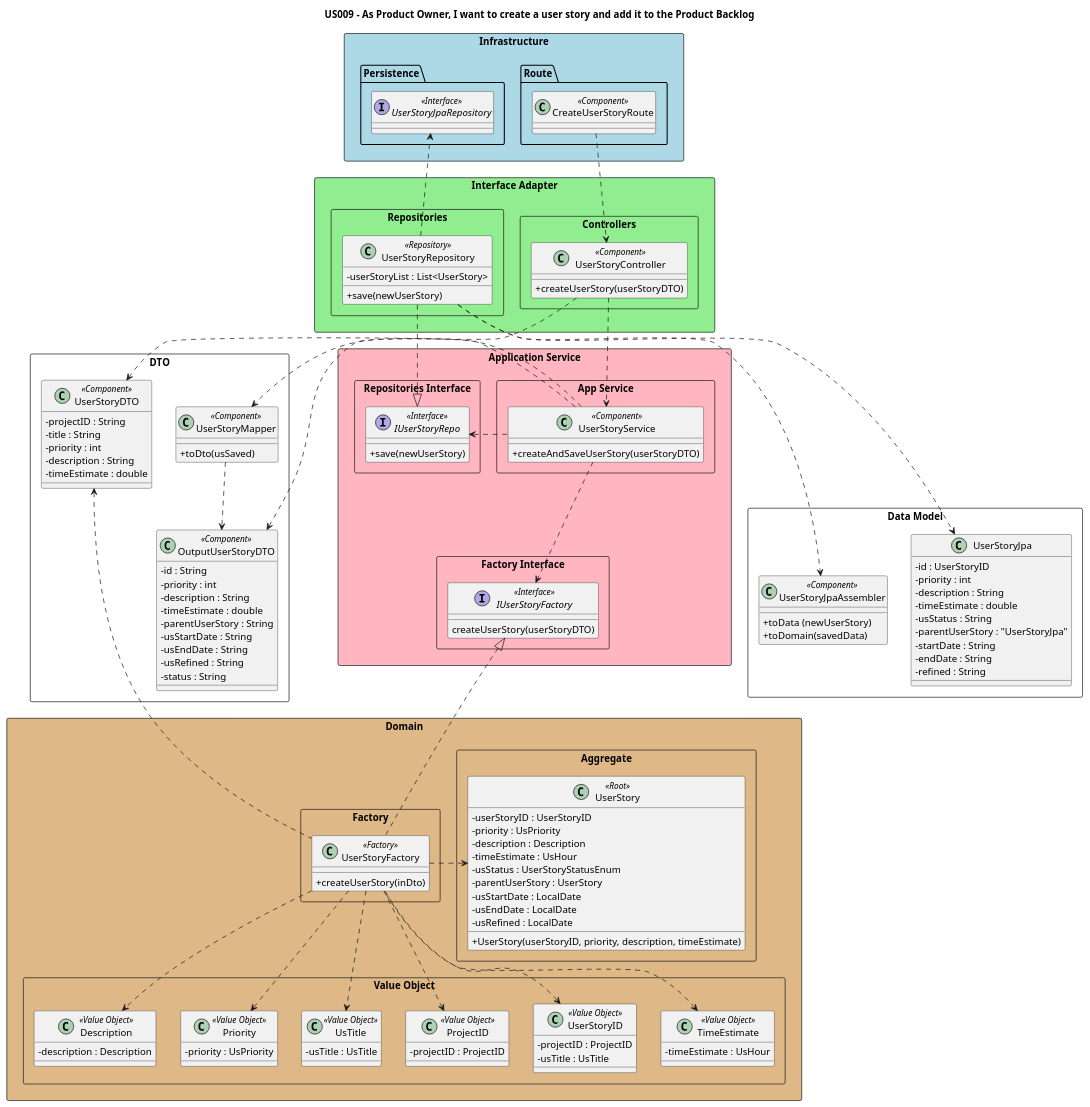
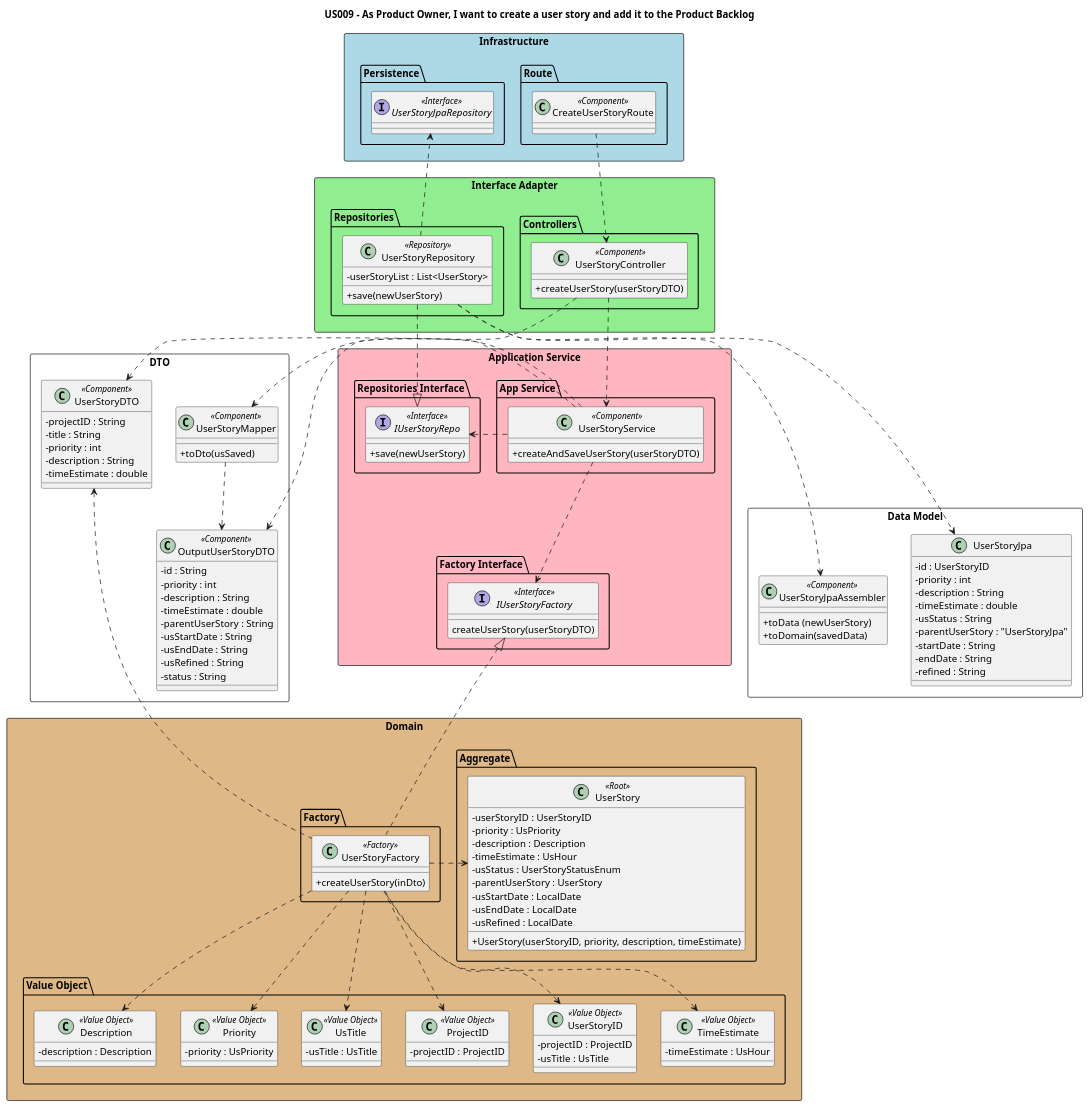
One commit to nunogon1211787/projectManagement changed the diagram in docs/Sprint1/US009/US009-CD.puml. Above: the diagram before and after it, drawn with PlantUML. The commit also changed 8 other files, not shown here.

```diff
--- a/docs/Sprint1/US009/US009-CD.puml
+++ b/docs/Sprint1/US009/US009-CD.puml
@@ -1,167 +1,167 @@
 @startuml
 'https://plantuml.com/class-diagram
 
 'hide circle
 skinparam classAttributeIconSize 0
 
 title US009 - As Product Owner, I want to create a user story and add it to the Product Backlog
 
 skinparam classAttributeIconSize 0
 
 package "Infrastructure" <<Rectangle>> #lightblue  {
 package "Route" {
 class "CreateUserStoryRoute" as route << Component >>
 }
 
     package "Persistence" {
     interface "UserStoryJpaRepository" as jpa <<Interface>>
     }
 }
 
 package "Interface Adapter" <<Rectangle>> #lightgreen {
-package "Controllers" <<Rectangle>>{
+package "Controllers" {
 class "UserStoryController" as ctrl << Component >> {
 +createUserStory(userStoryDTO)
 }
 }
-package "Repositories" <<Rectangle>>{
+package "Repositories" {
 class "UserStoryRepository" as store << Repository >> {
 -userStoryList : List<UserStory>
 + save(newUserStory)
 }
 }
 }
 
 package "Application Service" <<Rectangle>> #lightpink{
-package "App Service" <<Rectangle>>{
+package "App Service" {
 class "UserStoryService" as service << Component >> {
 +createAndSaveUserStory(userStoryDTO)
 }
 }
-package "Repositories Interface" <<Rectangle>>{
+package "Repositories Interface" {
 interface "IUserStoryRepo" as repo << Interface >>{
 + save(newUserStory)
 }
 }
-package "Factory Interface" <<Rectangle>>{
+package "Factory Interface" {
 interface "IUserStoryFactory" as factoryInterface << Interface >>{
 createUserStory(userStoryDTO)
 }
 }
 }
 
 package "DTO" <<Rectangle>> {
 class "UserStoryMapper" as mapper << Component >> {
 + toDto(usSaved)
 }
 class "OutputUserStoryDTO" as outdto << Component >> {
 - id : String
 - priority : int
 - description : String
 - timeEstimate : double
 - parentUserStory : String
 - usStartDate : String
 - usEndDate : String
 - usRefined : String
 - status : String
 }
 class "UserStoryDTO" as dto << Component >> {
 - projectID : String
 - title : String
 - priority : int
 - description : String
 - timeEstimate : double
 }
 }
 
 package "Domain" <<Rectangle>> #burlywood{
-package "Aggregate" <<Rectangle>>{
+package "Aggregate" {
 class "UserStory" as userStory << Root >> {
 - userStoryID : UserStoryID
 - priority : UsPriority
 - description : Description
 - timeEstimate : UsHour
 - usStatus : UserStoryStatusEnum
 - parentUserStory : UserStory
 - usStartDate : LocalDate
 - usEndDate : LocalDate
 - usRefined : LocalDate
 + UserStory(userStoryID, priority, description, timeEstimate)
 }
 }
-package "Factory" <<Rectangle>>{
+package "Factory" {
 class "UserStoryFactory" as userStoryF << Factory >> {
 +createUserStory(inDto)
 }
 }
-package "Value Object" <<Rectangle>>{
+package "Value Object" {
 class "UserStoryID" as usID << Value Object >> {
 -projectID : ProjectID
 -usTitle : UsTitle
 }
 class "ProjectID" as projID << Value Object >> {
 -projectID : ProjectID
 }
 class "UsTitle" as usTitle << Value Object >> {
 - usTitle : UsTitle
 }
 class "Priority" as priority << Value Object >> {
 -priority : UsPriority
 }
 class "Description" as desc << Value Object >> {
 -description : Description
 }
 class "TimeEstimate" as time << Value Object >> {
 -timeEstimate : UsHour
 }
 }
 }
 
   package "Data Model" <<Rectangle>>{
         class "UserStoryJpaAssembler" as assemblerjpa <<Component>> {
         +toData (newUserStory)
         +toDomain(savedData)
         }
 
         class "UserStoryJpa" as USjpa {
         - id : UserStoryID
         - priority : int
         - description : String
         - timeEstimate : double
         - usStatus : String
         - parentUserStory : "UserStoryJpa"
         - startDate : String
         - endDate : String
         - refined : String
         }
 
 
 
 
 
 route ..> ctrl
 ctrl..> service
 ctrl..up>outdto
 store..|> repo
 service .r.> mapper
 service .r.> dto
 mapper ..> outdto
 userStoryF .u.> dto
 service..> factoryInterface
 service..left> repo
 userStoryF..> usID
 userStoryF..>projID
 userStoryF..>usTitle
 userStoryF..>priority
 userStoryF..up>time
 userStoryF..>desc
 userStoryF..right>userStory
 userStoryF..up|>factoryInterface
 store ...> assemblerjpa
 store ...> USjpa
 store ..> jpa
 
 
 
 
 @enduml
```
